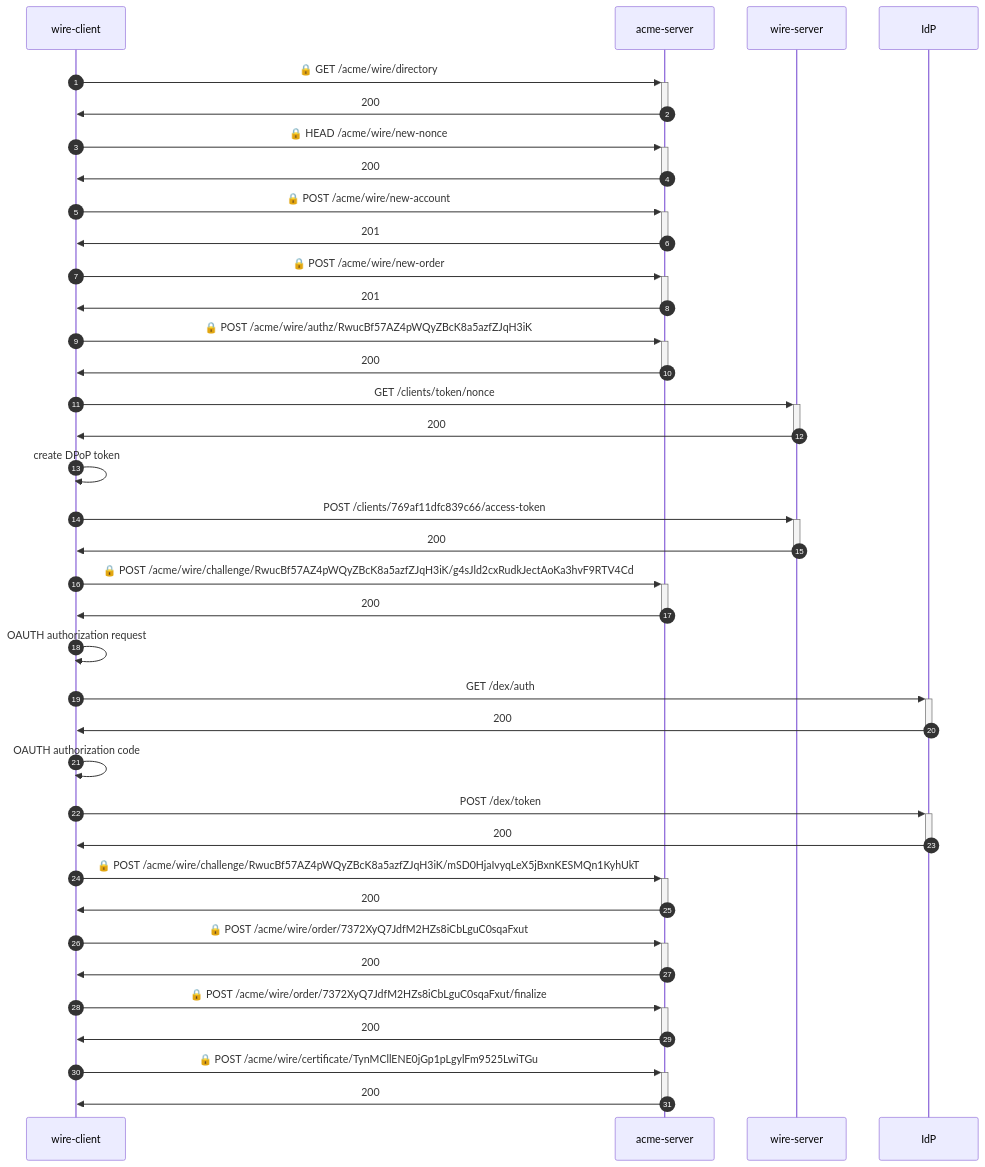
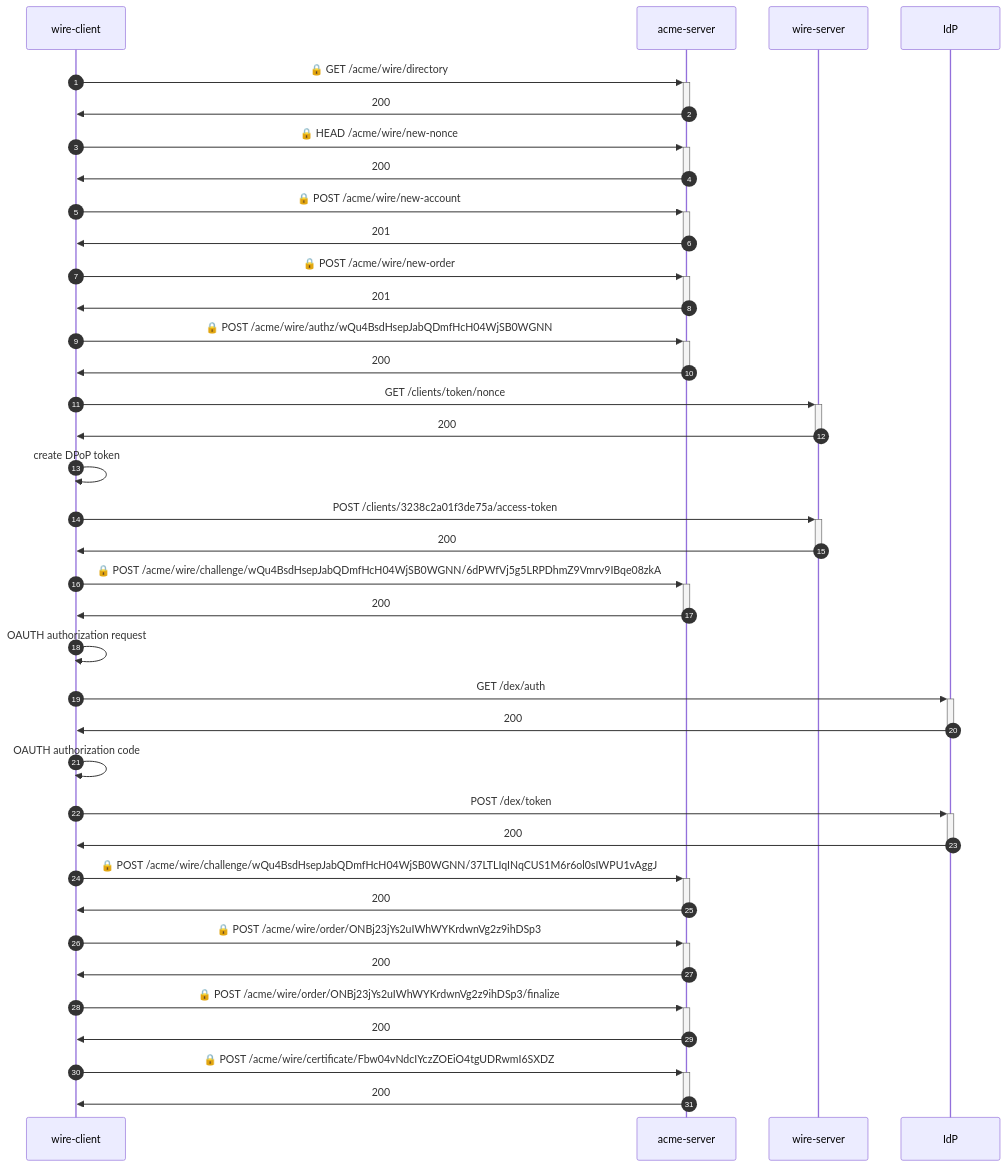
One commit to wireapp/rusty-jwt-tools changed the diagram in e2e-identity/README.md. Above: the diagram before and after it, drawn with Mermaid. The commit also changed other lines of this file and 10 other files, not shown here.

````diff
--- a/e2e-identity/README.md
+++ b/e2e-identity/README.md
@@ -3,35 +3,35 @@
 ```mermaid
 sequenceDiagram
     autonumber
     wire-client->>+acme-server: 🔒 GET /acme/wire/directory
     acme-server->>-wire-client: 200
     wire-client->>+acme-server: 🔒 HEAD /acme/wire/new-nonce
     acme-server->>-wire-client: 200
     wire-client->>+acme-server: 🔒 POST /acme/wire/new-account
     acme-server->>-wire-client: 201
     wire-client->>+acme-server: 🔒 POST /acme/wire/new-order
     acme-server->>-wire-client: 201
-    wire-client->>+acme-server: 🔒 POST /acme/wire/authz/RwucBf57AZ4pWQyZBcK8a5azfZJqH3iK
+    wire-client->>+acme-server: 🔒 POST /acme/wire/authz/wQu4BsdHsepJabQDmfHcH04WjSB0WGNN
     acme-server->>-wire-client: 200
     wire-client->>+wire-server:  GET /clients/token/nonce
     wire-server->>-wire-client: 200
     wire-client->>wire-client: create DPoP token
-    wire-client->>+wire-server:  POST /clients/769af11dfc839c66/access-token
+    wire-client->>+wire-server:  POST /clients/3238c2a01f3de75a/access-token
     wire-server->>-wire-client: 200
-    wire-client->>+acme-server: 🔒 POST /acme/wire/challenge/RwucBf57AZ4pWQyZBcK8a5azfZJqH3iK/g4sJld2cxRudkJectAoKa3hvF9RTV4Cd
+    wire-client->>+acme-server: 🔒 POST /acme/wire/challenge/wQu4BsdHsepJabQDmfHcH04WjSB0WGNN/6dPWfVj5g5LRPDhmZ9Vmrv9IBqe08zkA
     acme-server->>-wire-client: 200
     wire-client->>wire-client: OAUTH authorization request
     wire-client->>+IdP:  GET /dex/auth
     IdP->>-wire-client: 200
     wire-client->>wire-client: OAUTH authorization code
     wire-client->>+IdP:  POST /dex/token
     IdP->>-wire-client: 200
-    wire-client->>+acme-server: 🔒 POST /acme/wire/challenge/RwucBf57AZ4pWQyZBcK8a5azfZJqH3iK/mSD0HjaIvyqLeX5jBxnKESMQn1KyhUkT
+    wire-client->>+acme-server: 🔒 POST /acme/wire/challenge/wQu4BsdHsepJabQDmfHcH04WjSB0WGNN/37LTLIqINqCUS1M6r6ol0sIWPU1vAggJ
     acme-server->>-wire-client: 200
-    wire-client->>+acme-server: 🔒 POST /acme/wire/order/7372XyQ7JdfM2HZs8iCbLguC0sqaFxut
+    wire-client->>+acme-server: 🔒 POST /acme/wire/order/ONBj23jYs2uIWhWYKrdwnVg2z9ihDSp3
     acme-server->>-wire-client: 200
-    wire-client->>+acme-server: 🔒 POST /acme/wire/order/7372XyQ7JdfM2HZs8iCbLguC0sqaFxut/finalize
+    wire-client->>+acme-server: 🔒 POST /acme/wire/order/ONBj23jYs2uIWhWYKrdwnVg2z9ihDSp3/finalize
     acme-server->>-wire-client: 200
-    wire-client->>+acme-server: 🔒 POST /acme/wire/certificate/TynMCllENE0jGp1pLgylFm9525LwiTGu
+    wire-client->>+acme-server: 🔒 POST /acme/wire/certificate/Fbw04vNdcIYczZOEiO4tgUDRwmI6SXDZ
     acme-server->>-wire-client: 200
 ```
````
